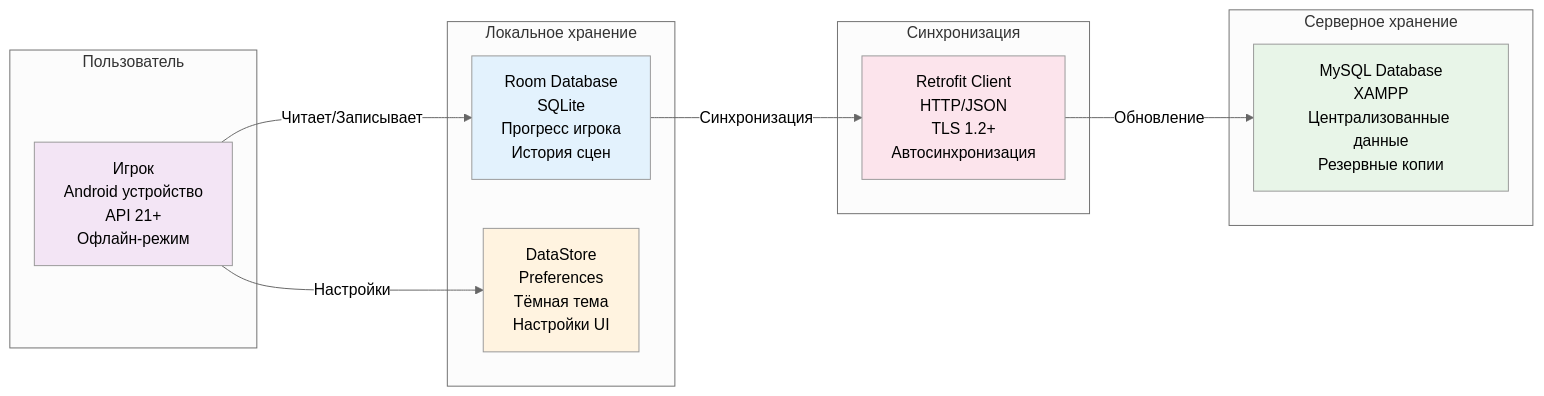
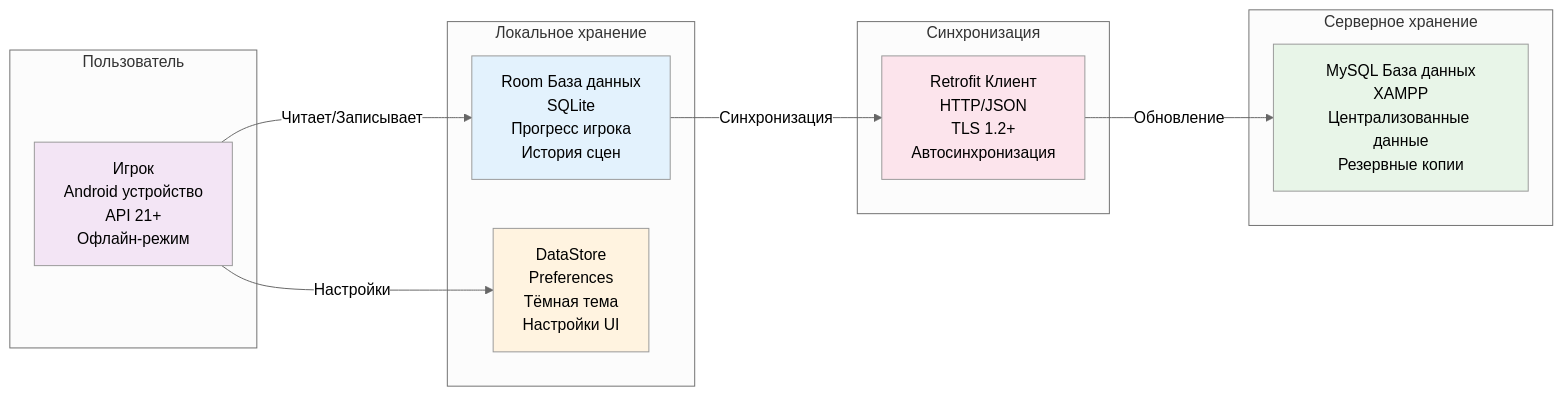
One commit to Angel-Energy/diplom- changed diagram 11 of 34 in ALL_DIAGRAMS.md. Above: the diagram before and after it, drawn with Mermaid (neutral theme). The commit also changed other lines of this file and 7 other files, not shown here.

Commit message:
feat(diagrams): Fix diagram styles and update statistics

````diff
--- a/ALL_DIAGRAMS.md
+++ b/ALL_DIAGRAMS.md
@@ -368,25 +368,25 @@
 ```mermaid
 graph LR
     subgraph "Локальное хранение"
-        A[Room Database<br/>SQLite<br/>Прогресс игрока<br/>История сцен]
+        A[Room База данных<br/>SQLite<br/>Прогресс игрока<br/>История сцен]
         E[DataStore<br/>Preferences<br/>Тёмная тема<br/>Настройки UI]
     end
     subgraph "Серверное хранение"
-        C[MySQL Database<br/>XAMPP<br/>Централизованные данные<br/>Резервные копии]
+        C[MySQL База данных<br/>XAMPP<br/>Централизованные данные<br/>Резервные копии]
     end
     subgraph "Пользователь"
         F[Игрок<br/>Android устройство<br/>API 21+<br/>Офлайн-режим]
     end
     subgraph "Синхронизация"
-        G[Retrofit Client<br/>HTTP/JSON<br/>TLS 1.2+<br/>Автосинхронизация]
+        G[Retrofit Клиент<br/>HTTP/JSON<br/>TLS 1.2+<br/>Автосинхронизация]
     end
     F -->|Читает/Записывает| A
     F -->|Настройки| E
     A -->|Синхронизация| G
     G -->|Обновление| C
     style A fill:#e3f2fd
     style E fill:#fff3e0
     style C fill:#e8f5e8
     style F fill:#f3e5f5
     style G fill:#fce4ec
 ```
````
